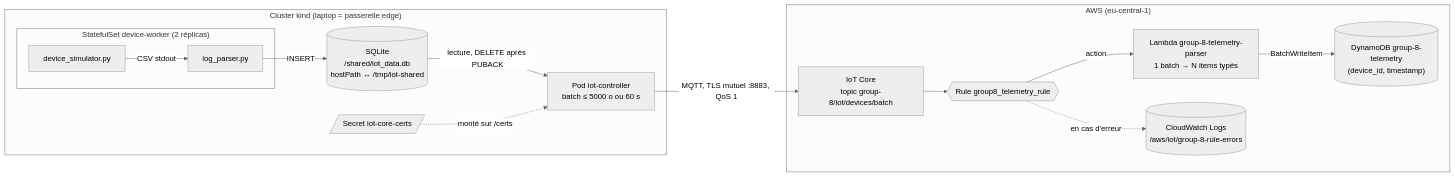
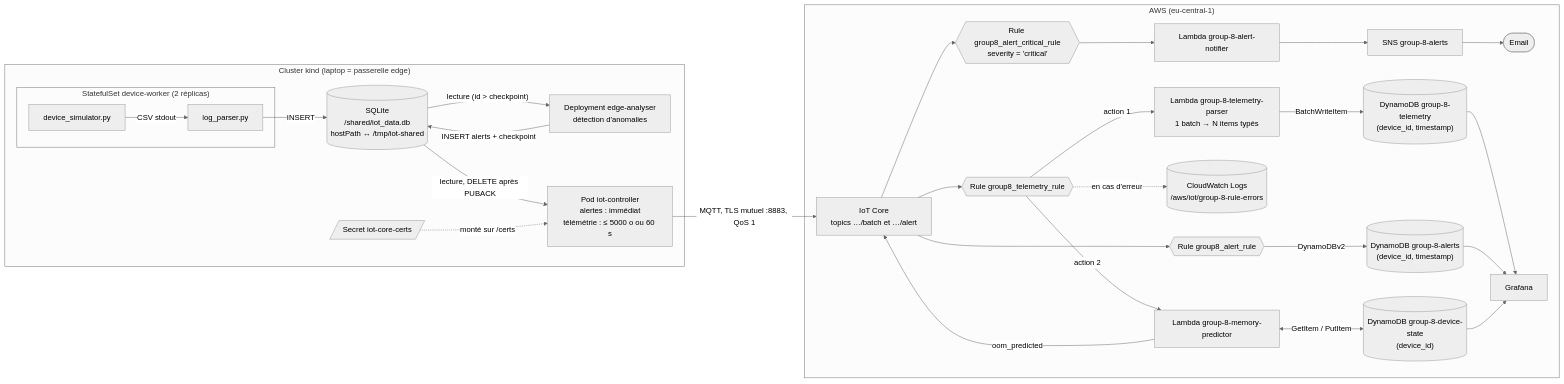
One commit to MadeInShineA/cloudsys-project changed the diagram in docs/aws-iot-pipeline.md. Above: the diagram before and after it, drawn with Mermaid (neutral theme). The commit also changed other lines of this file and 1 other file, not shown here.

Commit message:
Update alert lambda + aws iot doc

````diff
--- a/docs/aws-iot-pipeline.md
+++ b/docs/aws-iot-pipeline.md
@@ -13,20 +14,32 @@
 ```mermaid
 flowchart LR
     subgraph edge["Cluster kind (laptop = passerelle edge)"]
         subgraph workers["StatefulSet device-worker (2 réplicas)"]
             sim["device_simulator.py"] -->|CSV stdout| parser["log_parser.py"]
         end
         parser -->|INSERT| db[("SQLite<br/>/shared/iot_data.db<br/>hostPath ↔ /tmp/iot-shared")]
-        db -->|"lecture, DELETE après PUBACK"| ctrl["Pod iot-controller<br/>batch ≤ 5000 o ou 60 s"]
+        db -->|"lecture (id > checkpoint)"| analyser["Deployment edge-analyser<br/>détection d'anomalies"]
+        analyser -->|"INSERT alerts + checkpoint"| db
+        db -->|"lecture, DELETE après PUBACK"| ctrl["Pod iot-controller<br/>alertes : immédiat<br/>télémétrie : ≤ 5000 o ou 60 s"]
         secret[/"Secret iot-core-certs"/] -.->|"monté sur /certs"| ctrl
     end
 
     subgraph aws["AWS (eu-central-1)"]
-        iot["IoT Core<br/>topic group-8/iot/devices/batch"] --> rule{{"Rule group8_telemetry_rule"}}
-        rule -->|action| lambda["Lambda group-8-telemetry-parser<br/>1 batch → N items typés"]
+        iot["IoT Core<br/>topics …/batch et …/alert"] --> rule{{"Rule group8_telemetry_rule"}}
+        rule -->|action 1| lambda["Lambda group-8-telemetry-parser<br/>1 batch → N items typés"]
+        rule -->|action 2| mem["Lambda group-8-memory-predictor"]
         rule -.->|"en cas d'erreur"| cw[("CloudWatch Logs<br/>/aws/iot/group-8-rule-errors")]
         lambda -->|BatchWriteItem| ddb[("DynamoDB group-8-telemetry<br/>(device_id, timestamp)")]
+        mem <-->|"GetItem / PutItem"| state[("DynamoDB group-8-device-state<br/>(device_id)")]
+        mem -->|"oom_predicted"| iot
+
+        iot --> arule{{"Rule group8_alert_rule"}}
+        arule -->|DynamoDBv2| alerts[("DynamoDB group-8-alerts<br/>(device_id, timestamp)")]
+        iot --> crule{{"Rule group8_alert_critical_rule<br/>severity = 'critical'"}}
+        crule --> notif["Lambda group-8-alert-notifier"] --> sns["SNS group-8-alerts"] --> mail(["Email"])
+
+        ddb & alerts & state --> grafana["Grafana"]
     end
 
     ctrl -->|"MQTT, TLS mutuel :8883, QoS 1"| iot
 ```
````
